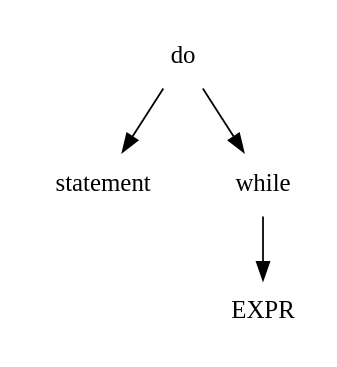
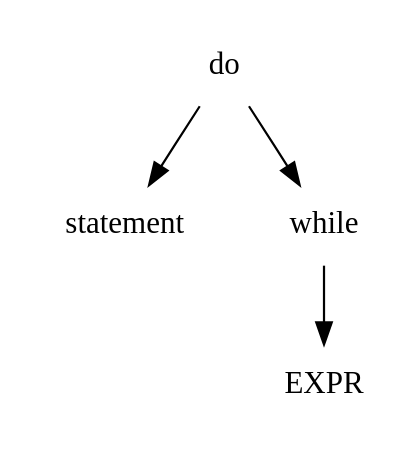
One commit to vehre/aspa_cscc changed the diagram in doc/do.dot. Above: the diagram before and after it, drawn with Graphviz. The commit also changed 8 other files, not shown here.

```diff
--- a/doc/do.dot
+++ b/doc/do.dot
@@ -1,7 +1,7 @@
 digraph L0 {
-        size = "3,2";
+        size = "3,2.5";
         ordering=out;
         node [shape = plaintext];
         do -> {statement while};
         while -> {EXPR};
 }
```
